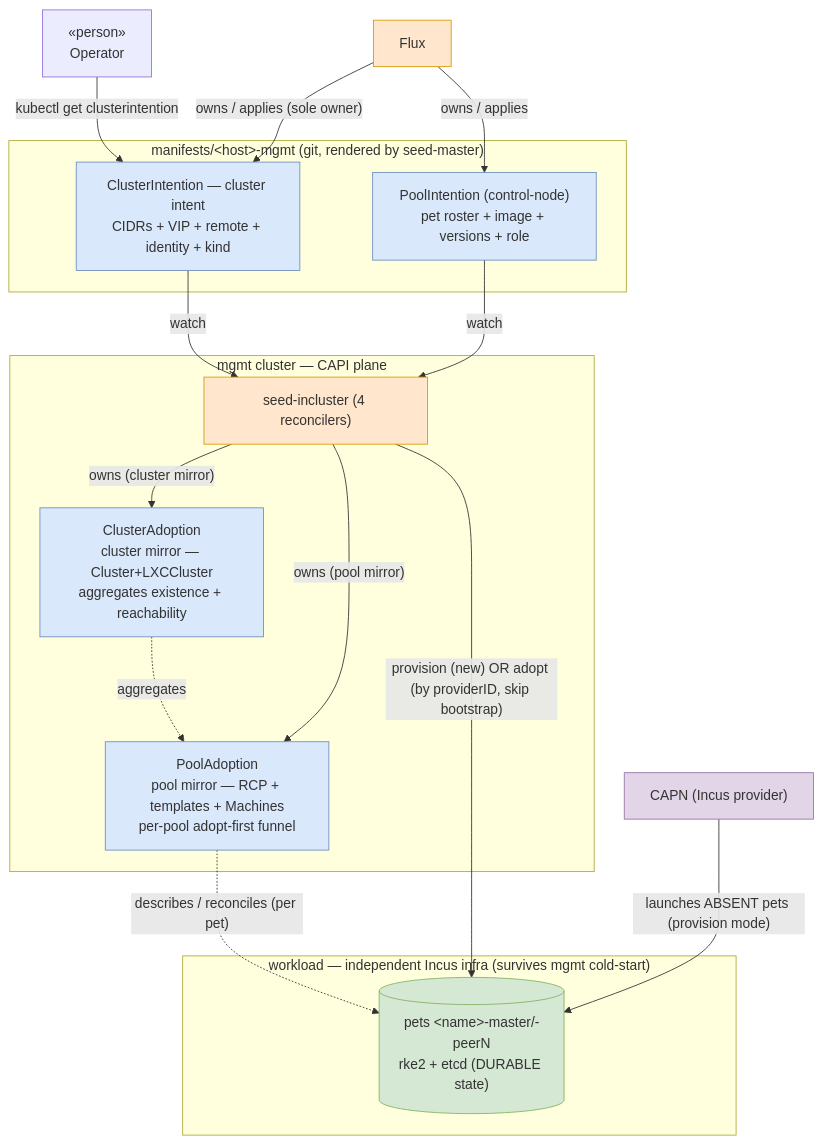
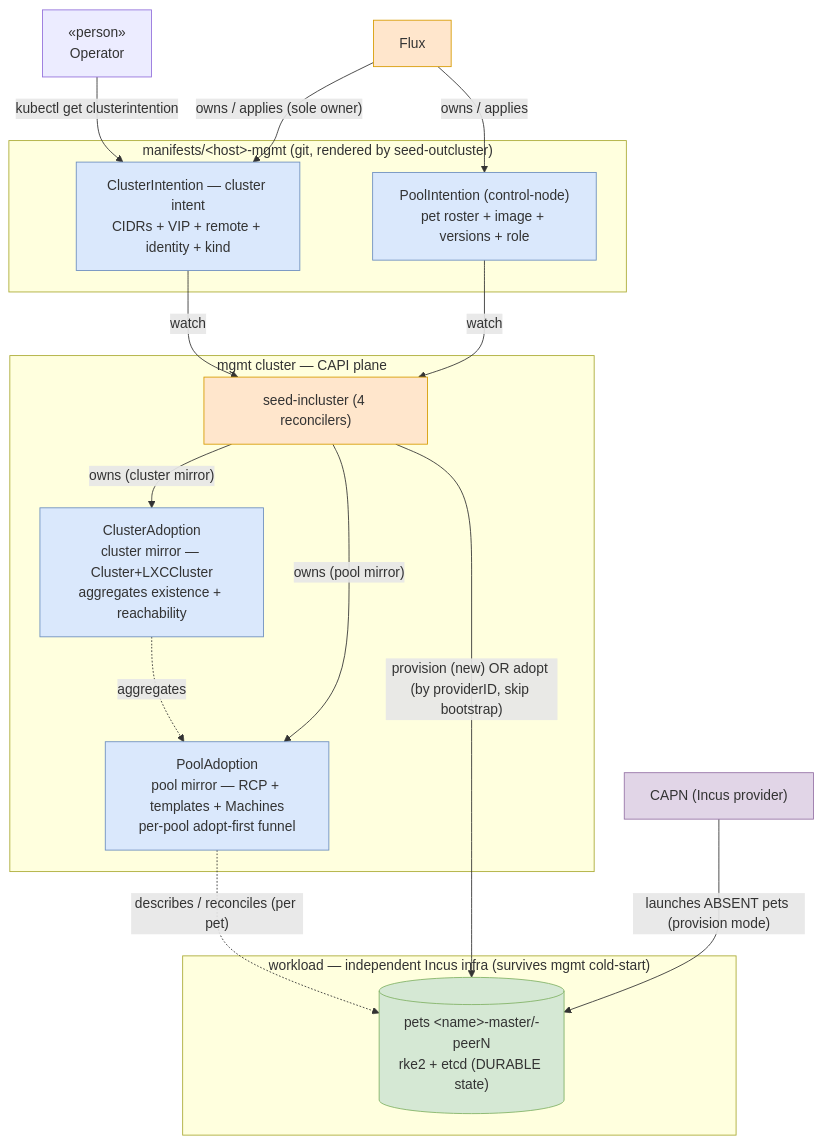
Diagram 20 of 20 in docs/architecture/cluster-api/cluster-seeding-controller.adoc (seedmatic/rke2lab), drawn with Mermaid before and after one commit. The commit also changed other lines of this file and 160 other files, not shown here.

First line of the commit message:
refactor(exec)!: `seed-master` → `seed-outcluster`, one axis for the whole chain

```diff
--- a/docs/architecture/cluster-api/cluster-seeding-controller.adoc
+++ b/docs/architecture/cluster-api/cluster-seeding-controller.adoc
@@ -2231,33 +2231,33 @@
 [mermaid,cluster-seeding-context,svg]
 ----
 graph TB
   OP["«person»<br/>Operator"]
-  subgraph git["manifests/&lt;host&gt;-mgmt (git, rendered by seed-master)"]
+  subgraph git["manifests/&lt;host&gt;-mgmt (git, rendered by seed-outcluster)"]
     intent["ClusterIntention — cluster intent<br/>CIDRs + VIP + remote + identity + kind"]:::code
     pintent["PoolIntention (control-node)<br/>pet roster + image + versions + role"]:::code
   end
   flux["Flux"]:::mut -->|"owns / applies (sole owner)"| intent
   flux -->|"owns / applies"| pintent
   subgraph mgmtplane["mgmt cluster — CAPI plane"]
     ctrl["seed-incluster (4 reconcilers)"]:::mut
     adopt["ClusterAdoption<br/>cluster mirror — Cluster+LXCCluster<br/>aggregates existence + reachability"]:::code
     padopt["PoolAdoption<br/>pool mirror — RCP + templates + Machines<br/>per-pool adopt-first funnel"]:::code
   end
   intent -->|"watch"| ctrl
   pintent -->|"watch"| ctrl
   ctrl -->|"owns (cluster mirror)"| adopt
   ctrl -->|"owns (pool mirror)"| padopt
   adopt -.->|"aggregates"| padopt
   subgraph wl["workload — independent Incus infra (survives mgmt cold-start)"]
     cp[("pets &lt;name&gt;-master/-peerN<br/>rke2 + etcd (DURABLE state)")]:::store
   end
   padopt -.->|"describes / reconciles (per pet)"| cp
   capn["CAPN (Incus provider)"]:::builder -->|"launches ABSENT pets (provision mode)"| cp
   ctrl -->|"provision (new) OR adopt (by providerID, skip bootstrap)"| cp
   OP -->|"kubectl get clusterintention"| intent
 
   classDef code fill:#dae8fc,stroke:#6c8ebf
   classDef store fill:#d5e8d4,stroke:#82b366
   classDef mut fill:#ffe6cc,stroke:#d79b00
   classDef builder fill:#e1d5e7,stroke:#9673a6
 ----
```
